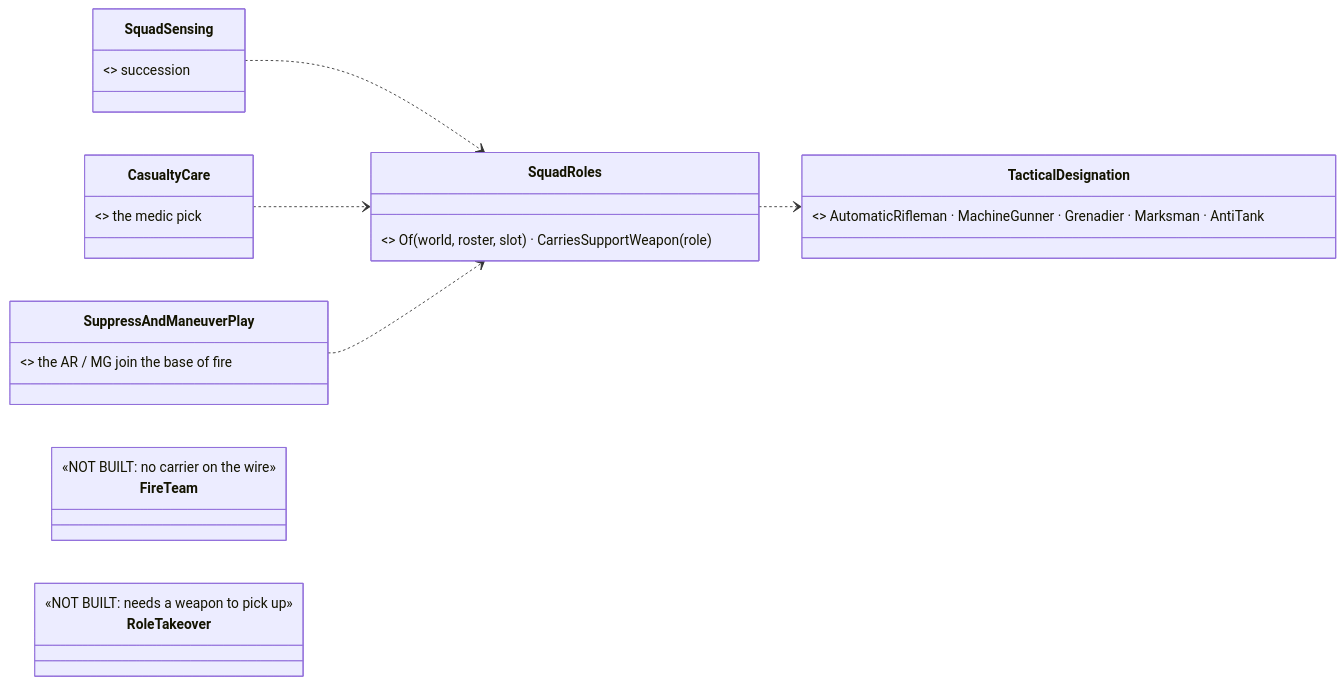
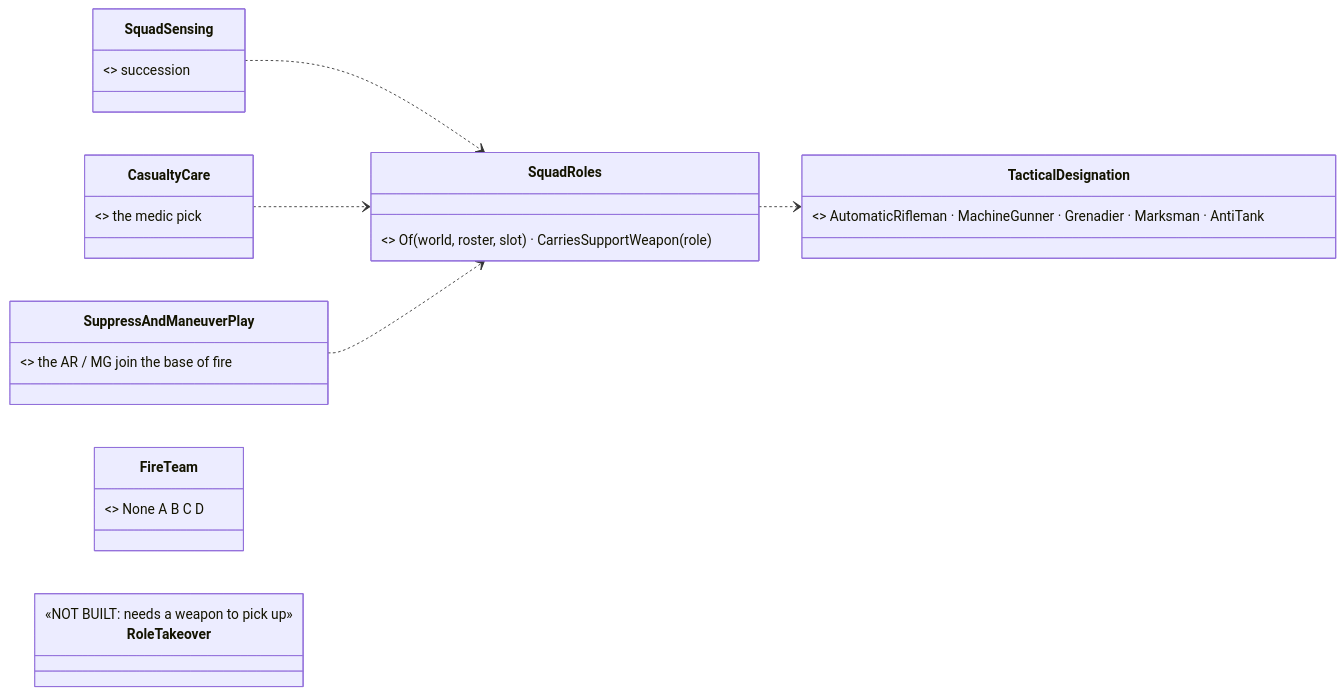
Before and after one commit to pjanec/HROT: the tenth of 17 diagrams in docs/designs/group-maneuvers/DESIGN_Defend_And_Attack_Position.md, drawn with Mermaid. The commit also changed other lines of this file and 17 other files, not shown here.

````diff
--- a/docs/designs/group-maneuvers/DESIGN_Defend_And_Attack_Position.md
+++ b/docs/designs/group-maneuvers/DESIGN_Defend_And_Attack_Position.md
@@ -520,15 +520,15 @@
 ```mermaid
 classDiagram
   direction LR
   class SquadRoles { <<NEW, the ONE role reader>> Of(world, roster, slot) · CarriesSupportWeapon(role) }
   class SquadSensing { <<EXISTING, routed>> succession }
   class CasualtyCare { <<EXISTING, routed>> the medic pick }
   class SuppressAndManeuverPlay { <<EXISTING, + roles>> the AR / MG join the base of fire }
   class TacticalDesignation { <<EXISTING + BR-8>> AutomaticRifleman · MachineGunner · Grenadier · Marksman · AntiTank }
-  class FireTeam { <<NOT BUILT: no carrier on the wire>> }
+  class FireTeam { <<BUILT, backend R-3019: on UnitSubordinate, CmdAssignSubordinate, the scenario and the wire>> None A B C D }
   class RoleTakeover { <<NOT BUILT: needs a weapon to pick up>> }
   SquadSensing ..> SquadRoles
   CasualtyCare ..> SquadRoles
   SuppressAndManeuverPlay ..> SquadRoles
   SquadRoles ..> TacticalDesignation
 ```
````
